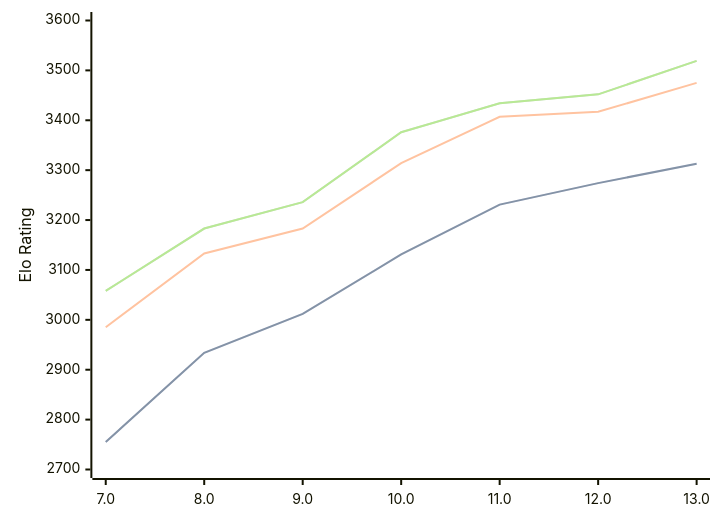
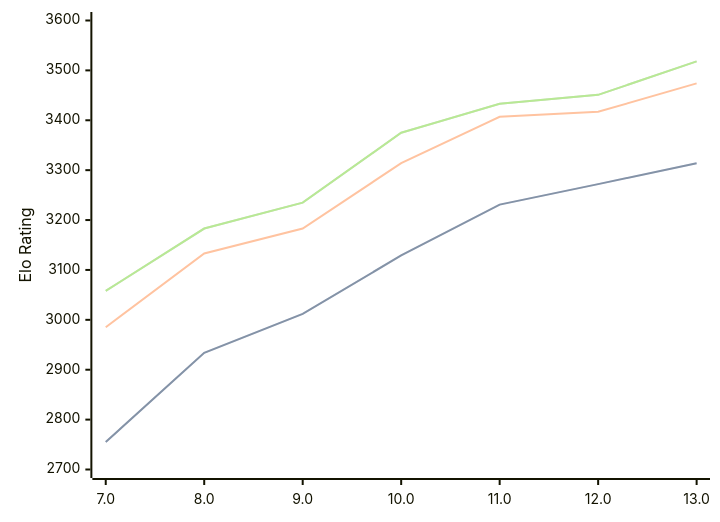
The diagram in engines/Tcheran.md (computer-chess-index/cci), drawn with Mermaid before and after one commit. The commit also changed other lines of this file, not shown here.

Commit message:
Update CCI Ratings (ELO VLTC) - 2026-08-02

````diff
--- a/engines/Tcheran.md
+++ b/engines/Tcheran.md
@@ -51,11 +51,11 @@
 ```mermaid
 %%{init: {"theme":"base","themeVariables":{"seriesColors:['#a3a3a3','#222221','#faa371']}}}%%
 xychart-beta
   x-axis ["7.0", "8.0", "9.0", "10.0", "11.0", "12.0", "13.0"]
   y-axis "Elo Rating" 2700 --> 3600
-  line "STC (8.0+0.08s)" [2755, 2934, 3012, 3131, 3231, 3274, 3313]
-  line "STC (8.0+0.08s)" [2755, 2934, 3012, 3131, 3231, 3274, 3313]
-  line "LTC (60.0+0.60s)" [2985, 3133, 3183, 3314, 3407, 3417, 3475]
-  line "VLTC (2m24s+1.12s)" [3058, 3183, 3236, 3376, 3434, 3452, 3519]
-  line "VLTC (2m24s+1.12s)" [3058, 3183, 3236, 3376, 3434, 3452, 3519]
+  line "STC (8.0+0.08s)" [2755, 2934, 3012, 3129, 3231, 3272, 3314]
+  line "STC (8.0+0.08s)" [2755, 2934, 3012, 3129, 3231, 3272, 3314]
+  line "LTC (60.0+0.60s)" [2985, 3133, 3183, 3314, 3407, 3417, 3474]
+  line "VLTC (2m24s+1.12s)" [3058, 3183, 3235, 3375, 3433, 3451, 3518]
+  line "VLTC (2m24s+1.12s)" [3058, 3183, 3235, 3375, 3433, 3451, 3518]
 ```
````
